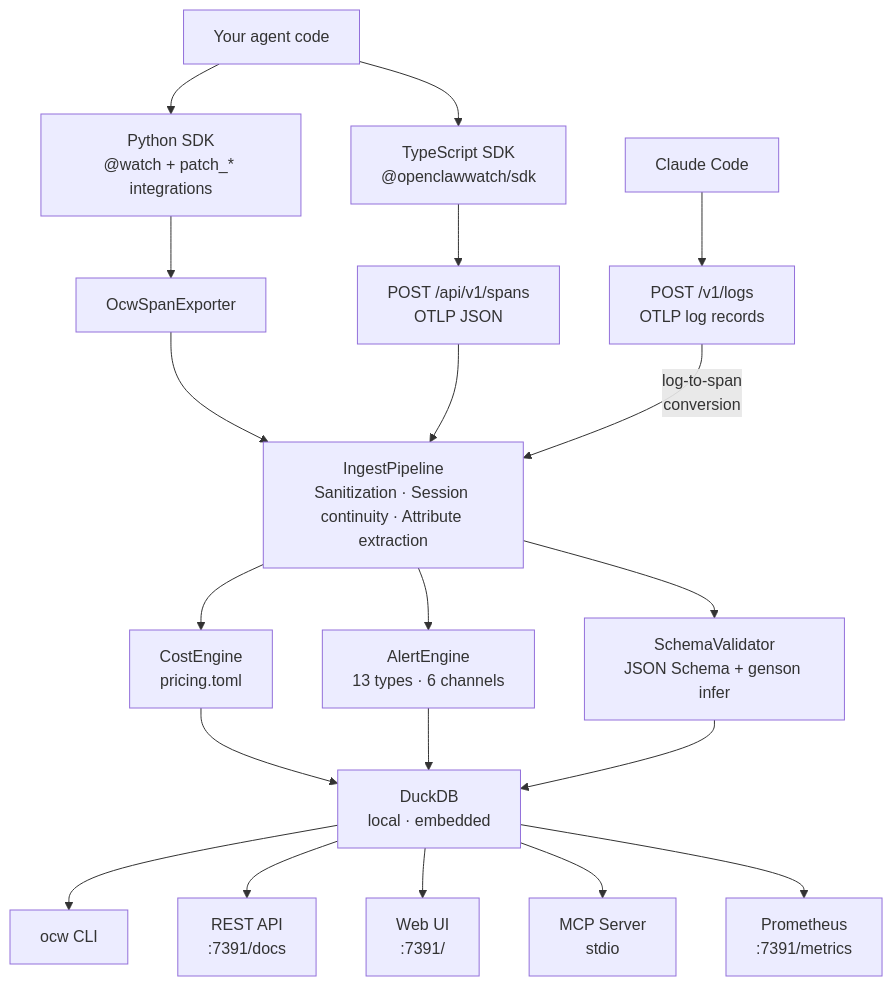
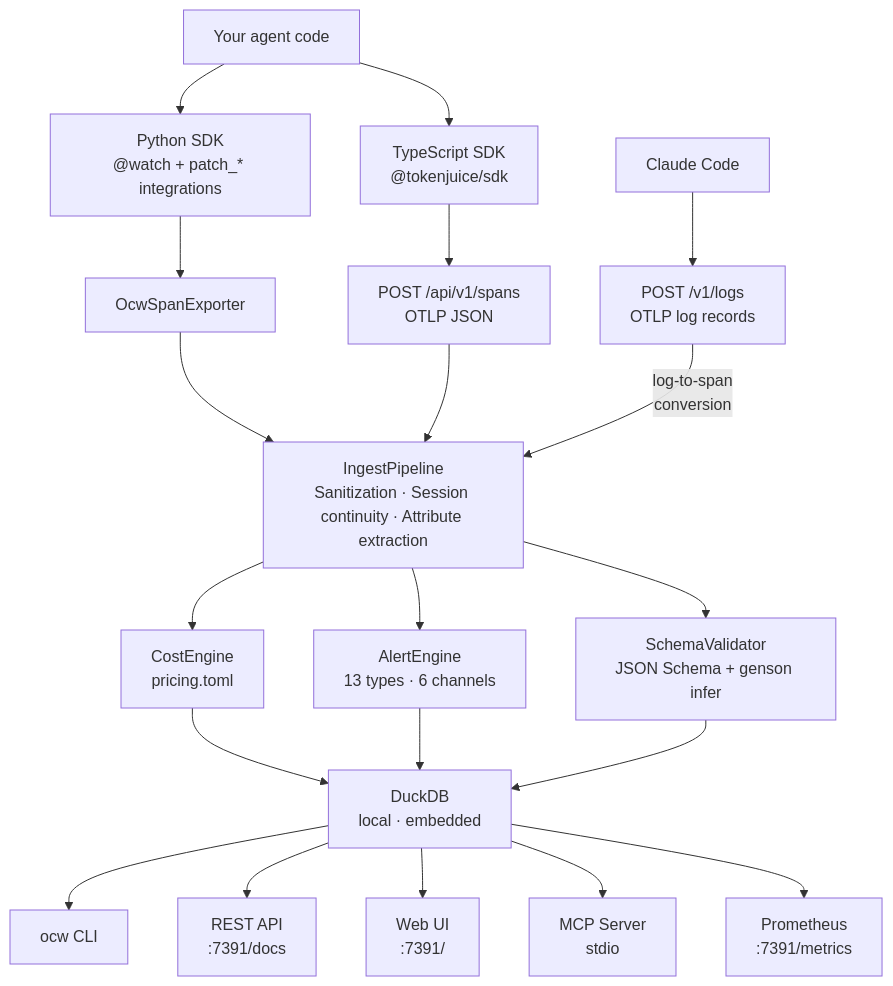
One commit to Metabuilder-Labs/openclawwatch changed the diagram in docs/architecture.md. Above: the diagram before and after it, drawn with Mermaid. The commit also changed other lines of this file and 233 other files, not shown here.

````diff
--- a/docs/architecture.md
+++ b/docs/architecture.md
@@ -19,32 +19,32 @@
 ```mermaid
 flowchart TD
     Agent["Your agent code"]
     ClaudeCode["Claude Code"]
 
     Agent --> PythonSDK["Python SDK\n@watch + patch_* integrations"]
-    Agent --> TypeScriptSDK["TypeScript SDK\n@openclawwatch/sdk"]
+    Agent --> TypeScriptSDK["TypeScript SDK\n@tokenjuice/sdk"]
     ClaudeCode --> Logs["POST /v1/logs\nOTLP log records"]
 
     PythonSDK --> Exporter["OcwSpanExporter"]
     TypeScriptSDK --> HTTP["POST /api/v1/spans\nOTLP JSON"]
 
     Exporter --> Ingest
     HTTP --> Ingest
     Logs --> |"log-to-span\nconversion"| Ingest
 
     Ingest["IngestPipeline\nSanitization · Session continuity · Attribute extraction"]
 
     Ingest --> Cost["CostEngine\npricing.toml"]
     Ingest --> Alerts["AlertEngine\n13 types · 6 channels"]
     Ingest --> Schema["SchemaValidator\nJSON Schema + genson infer"]
 
     Cost --> DB["DuckDB\nlocal · embedded"]
     Alerts --> DB
     Schema --> DB
 
     DB --> CLI["ocw CLI"]
     DB --> API["REST API\n:7391/docs"]
     DB --> WebUI["Web UI\n:7391/"]
     DB --> MCP["MCP Server\nstdio"]
     DB --> Prom["Prometheus\n:7391/metrics"]
 ```
````
